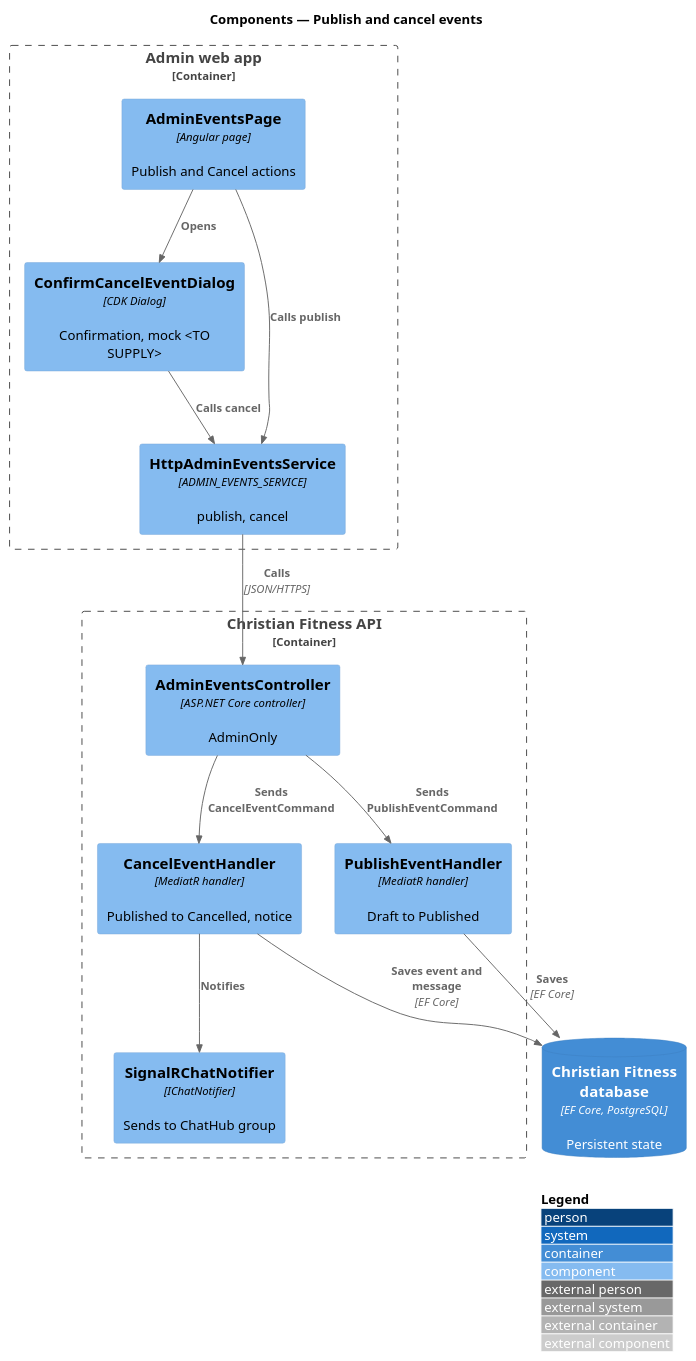
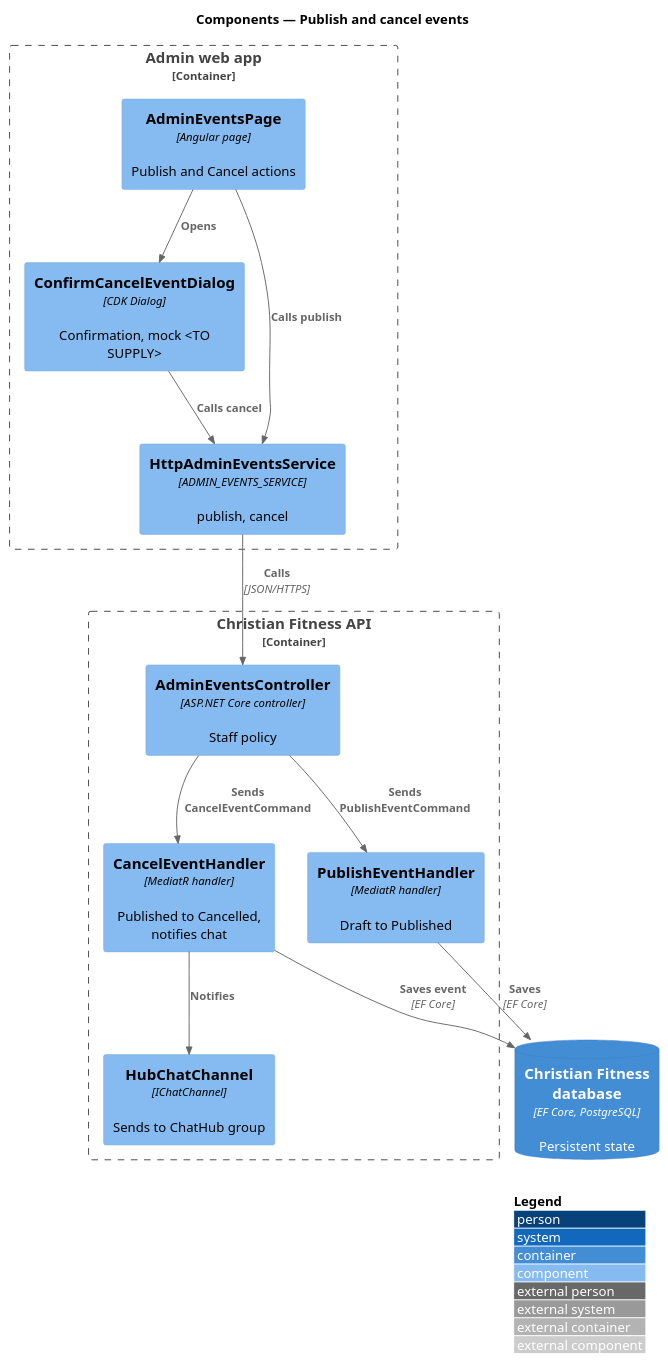
The diagram in docs/detailed-designs/admin-events/publish-and-cancel-events/diagrams/c4-component.puml (QuinntyneBrown/christian-fitness), drawn with PlantUML before and after one commit. The commit also changed 32 other files, not shown here.

```diff
--- a/docs/detailed-designs/admin-events/publish-and-cancel-events/diagrams/c4-component.puml
+++ b/docs/detailed-designs/admin-events/publish-and-cancel-events/diagrams/c4-component.puml
@@ -1,28 +1,28 @@
 @startuml
 !include <C4/C4_Component>
 LAYOUT_WITH_LEGEND()
 title Components — Publish and cancel events
 
 Container_Boundary(admin, "Admin web app") {
   Component(page, "AdminEventsPage", "Angular page", "Publish and Cancel actions")
   Component(confirm, "ConfirmCancelEventDialog", "CDK Dialog", "Confirmation, mock <TO SUPPLY>")
   Component(svc, "HttpAdminEventsService", "ADMIN_EVENTS_SERVICE", "publish, cancel")
 }
 Container_Boundary(api, "Christian Fitness API") {
-  Component(ctrl, "AdminEventsController", "ASP.NET Core controller", "AdminOnly")
+  Component(ctrl, "AdminEventsController", "ASP.NET Core controller", "Staff policy")
   Component(pub, "PublishEventHandler", "MediatR handler", "Draft to Published")
-  Component(can, "CancelEventHandler", "MediatR handler", "Published to Cancelled, notice")
-  Component(notify, "SignalRChatNotifier", "IChatNotifier", "Sends to ChatHub group")
+  Component(can, "CancelEventHandler", "MediatR handler", "Published to Cancelled, notifies chat")
+  Component(notify, "HubChatChannel", "IChatChannel", "Sends to ChatHub group")
 }
 ContainerDb(db, "Christian Fitness database", "EF Core, PostgreSQL", "Persistent state")
 
 Rel(page, confirm, "Opens")
 Rel(page, svc, "Calls publish")
 Rel(confirm, svc, "Calls cancel")
 Rel(svc, ctrl, "Calls", "JSON/HTTPS")
 Rel(ctrl, pub, "Sends PublishEventCommand")
 Rel(ctrl, can, "Sends CancelEventCommand")
 Rel(can, notify, "Notifies")
 Rel(pub, db, "Saves", "EF Core")
-Rel(can, db, "Saves event and message", "EF Core")
+Rel(can, db, "Saves event", "EF Core")
 @enduml
```
